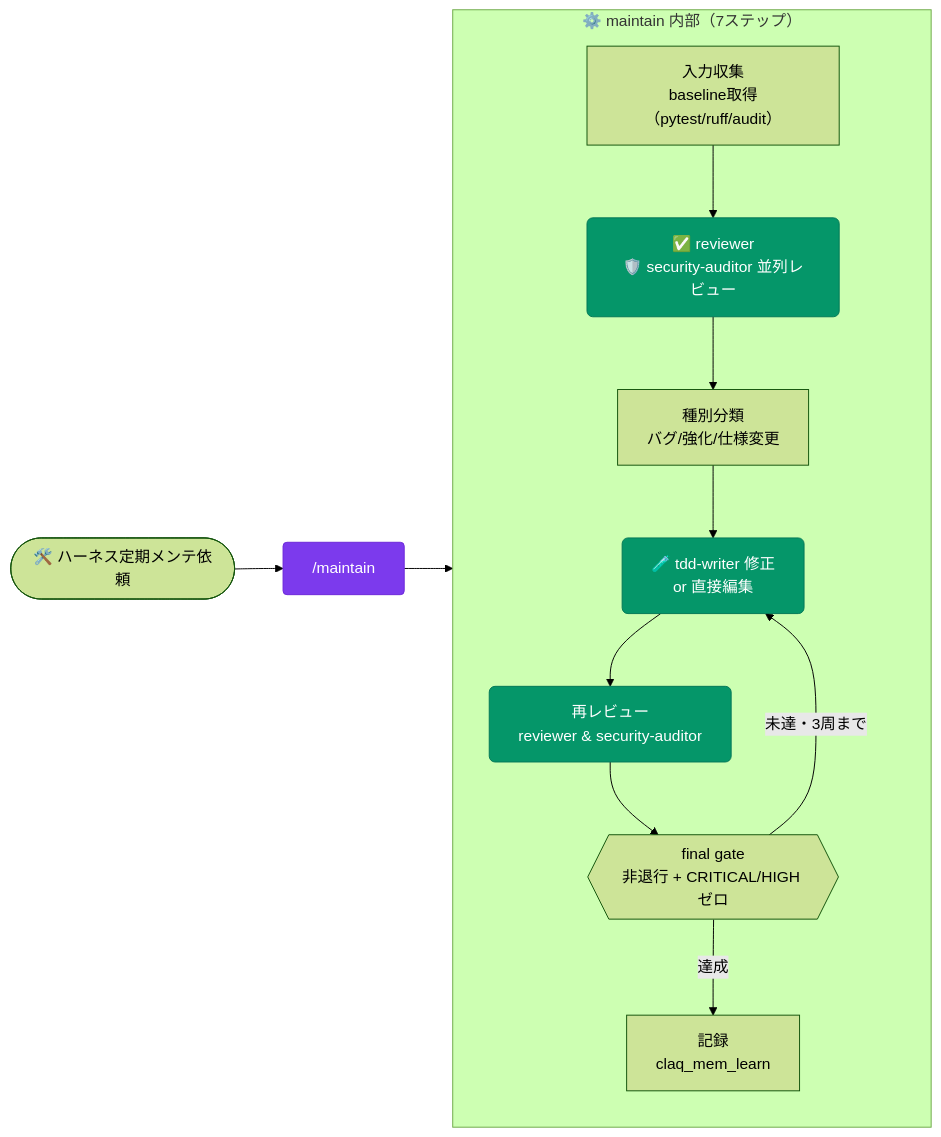
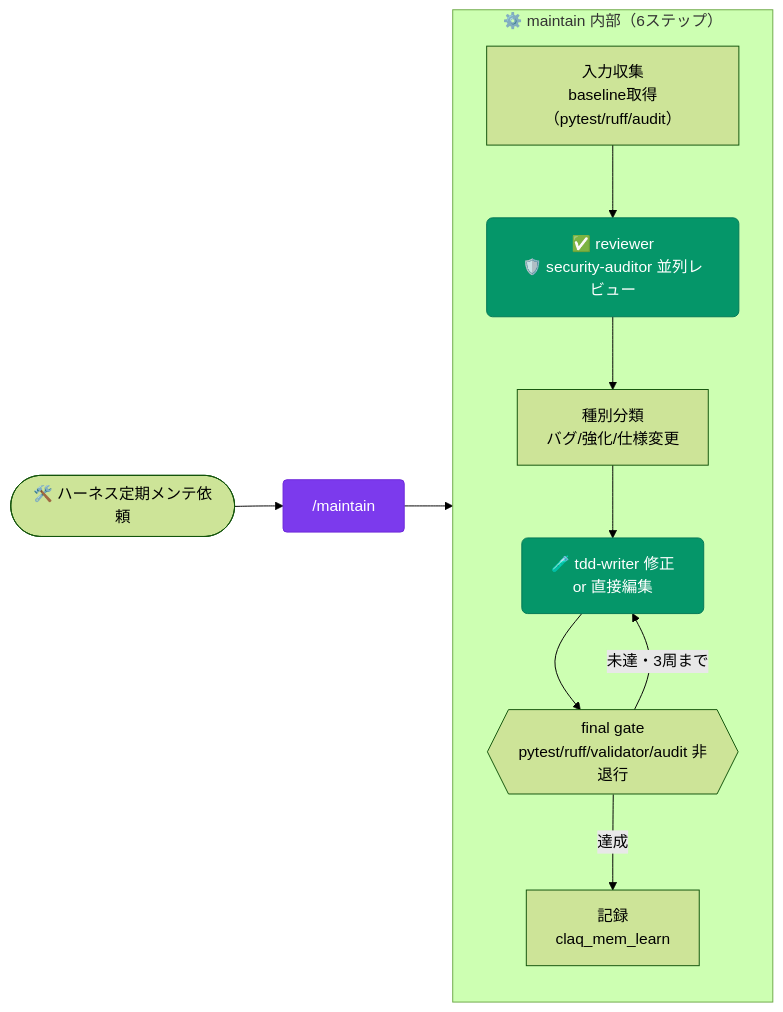
One commit to aokumablue/claq changed the tenth of 19 diagrams in README.md. Above: the diagram before and after it, drawn with Mermaid (forest theme). The commit also changed other lines of this file and 4 other files, not shown here.

````diff
--- a/README.md
+++ b/README.md
@@ -466,20 +466,19 @@
 ```mermaid
 flowchart LR
   classDef agent  fill:#059669,stroke:#047857,color:#fff,rx:6
   classDef skill  fill:#7c3aed,stroke:#6d28d9,color:#fff,rx:4
 
   U(["🛠️ ハーネス定期メンテ依頼"]) --> CM["/maintain"]:::skill
 
-  subgraph maintain["⚙️ maintain 内部（7ステップ）"]
+  subgraph maintain["⚙️ maintain 内部（6ステップ）"]
     direction TB
     IN["入力収集<br/>baseline取得（pytest/ruff/audit）"] --> RV["✅ reviewer<br/>🛡️ security-auditor 並列レビュー"]:::agent
     RV --> CLS["種別分類<br/>バグ/強化/仕様変更"]
     CLS --> FIX["🧪 tdd-writer 修正<br/>or 直接編集"]:::agent
-    FIX --> RV2["再レビュー<br/>reviewer & security-auditor"]:::agent
-    RV2 --> GATE{{"final gate<br/>非退行 + CRITICAL/HIGH ゼロ"}}
+    FIX --> GATE{{"final gate<br/>pytest/ruff/validator/audit 非退行"}}
     GATE -->|未達・3周まで| FIX
     GATE -->|達成| REC["記録<br/>claq_mem_learn"]
   end
 
   CM --> maintain
 ```
````
